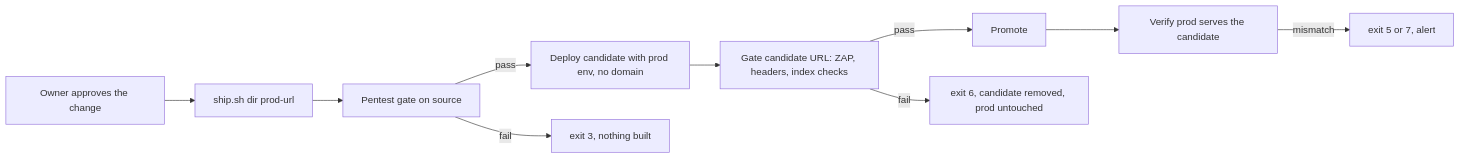
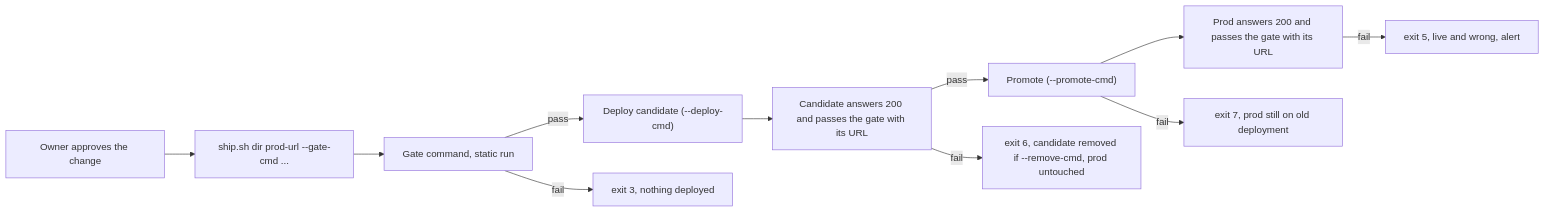
Before and after one commit to nicoreincarnate-oss/ogl-cortex: the second of 2 diagrams in docs/14-readme-quickstart.md, drawn with Mermaid. The commit also changed other lines of this file and 88 other files, not shown here.

First line of the commit message:
Rename to OGL Cortex, memory architecture doc, harness tools, path consistency

````diff
--- a/docs/14-readme-quickstart.md
+++ b/docs/14-readme-quickstart.md
@@ -287,12 +289,13 @@
 ```mermaid
 flowchart LR
-  A[Owner approves the change] --> B["ship.sh dir prod-url"]
-  B --> C[Pentest gate on source]
-  C -->|pass| D["Deploy candidate with prod env, no domain"]
-  D --> E["Gate candidate URL: ZAP, headers, index checks"]
-  E -->|pass| F[Promote]
-  F --> G["Verify prod serves the candidate"]
-  C -->|fail| X["exit 3, nothing built"]
-  E -->|fail| Y["exit 6, candidate removed, prod untouched"]
-  G -->|mismatch| Z["exit 5 or 7, alert"]
+  A[Owner approves the change] --> B["ship.sh dir prod-url --gate-cmd ..."]
+  B --> C[Gate command, static run]
+  C -->|pass| D["Deploy candidate (--deploy-cmd)"]
+  D --> E["Candidate answers 200 and passes the gate with its URL"]
+  E -->|pass| F["Promote (--promote-cmd)"]
+  F --> G["Prod answers 200 and passes the gate with its URL"]
+  C -->|fail| X["exit 3, nothing deployed"]
+  E -->|fail| Y["exit 6, candidate removed if --remove-cmd, prod untouched"]
+  F -->|fail| W["exit 7, prod still on old deployment"]
+  G -->|fail| Z["exit 5, live and wrong, alert"]
 ```
````
